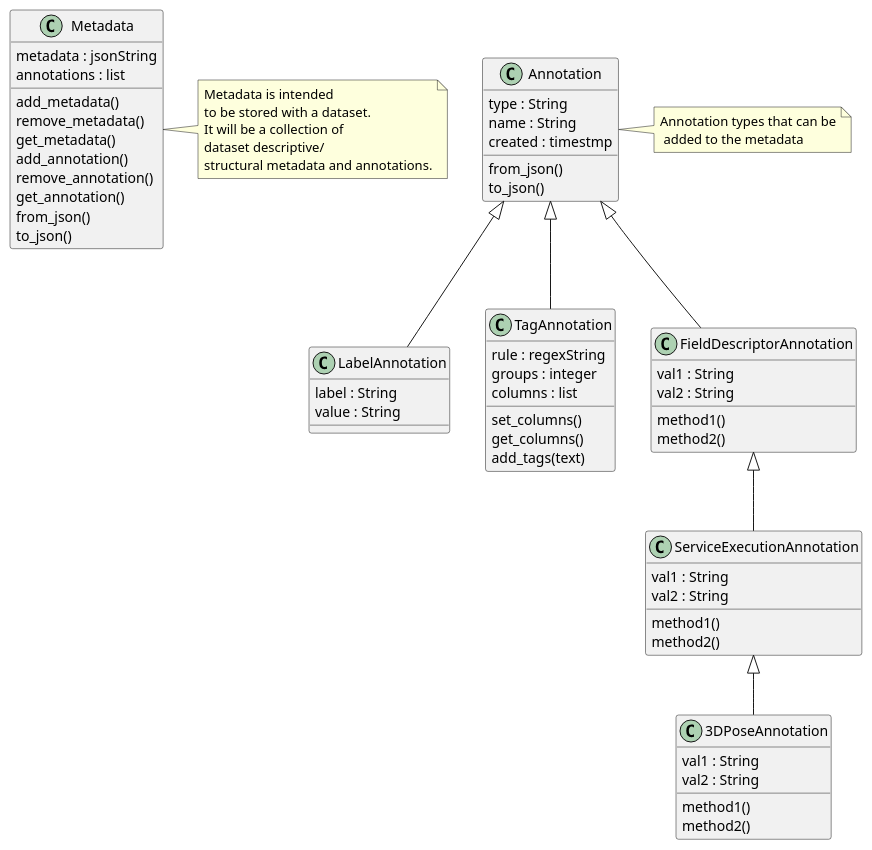
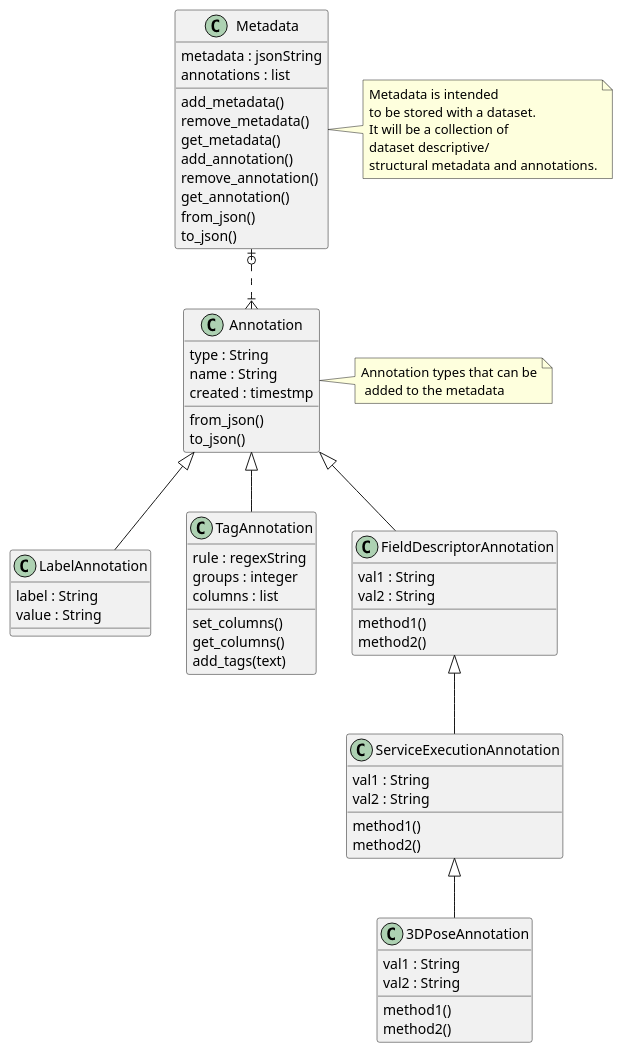
Before and after one commit to InformaticsMatters/squonk2-data-manager-metadata: the diagram in docs/data-manager-metadata.puml, drawn with PlantUML. The commit also changed 1 other file, not shown here.

```diff
--- a/docs/data-manager-metadata.puml
+++ b/docs/data-manager-metadata.puml
@@ -1,65 +1,66 @@
 @startuml
 class Metadata {
     metadata : jsonString
     annotations : list
     add_metadata()
     remove_metadata()
     get_metadata()
     add_annotation()
     remove_annotation()
     get_annotation()
     from_json()
     to_json()
 }
 note right: Metadata is intended\nto be stored with a dataset.\nIt will be a collection of\ndataset descriptive/\nstructural metadata and annotations.
 
 class Annotation {
     type : String
     name : String
     created : timestmp
     from_json()
     to_json()
 }
 note right: Annotation types that can be\n added to the metadata
 
 class LabelAnnotation {
     label : String
     value : String
 }
 
 class TagAnnotation {
     rule : regexString
     groups : integer
     columns : list
     set_columns()
     get_columns()
     add_tags(text)
 }
 
 class FieldDescriptorAnnotation {
     val1 : String
     val2 : String
     method1()
     method2()
 }
 
 class ServiceExecutionAnnotation {
     val1 : String
     val2 : String
     method1()
     method2()
 }
 
 class 3DPoseAnnotation {
     val1 : String
     val2 : String
     method1()
     method2()
 }
 
+Metadata  |o..|{   Annotation
 Annotation <|-- LabelAnnotation
 Annotation <|-- TagAnnotation
 Annotation <|-- FieldDescriptorAnnotation
 FieldDescriptorAnnotation <|-- ServiceExecutionAnnotation
 ServiceExecutionAnnotation <|-- 3DPoseAnnotation
 @enduml
```
